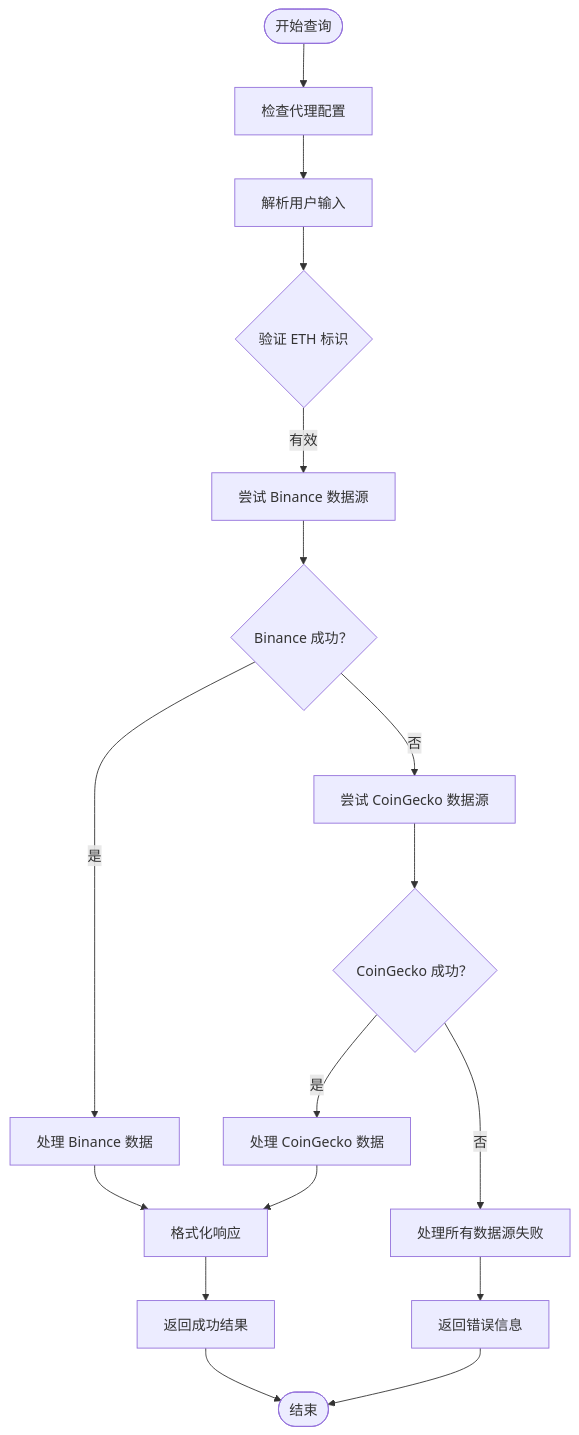
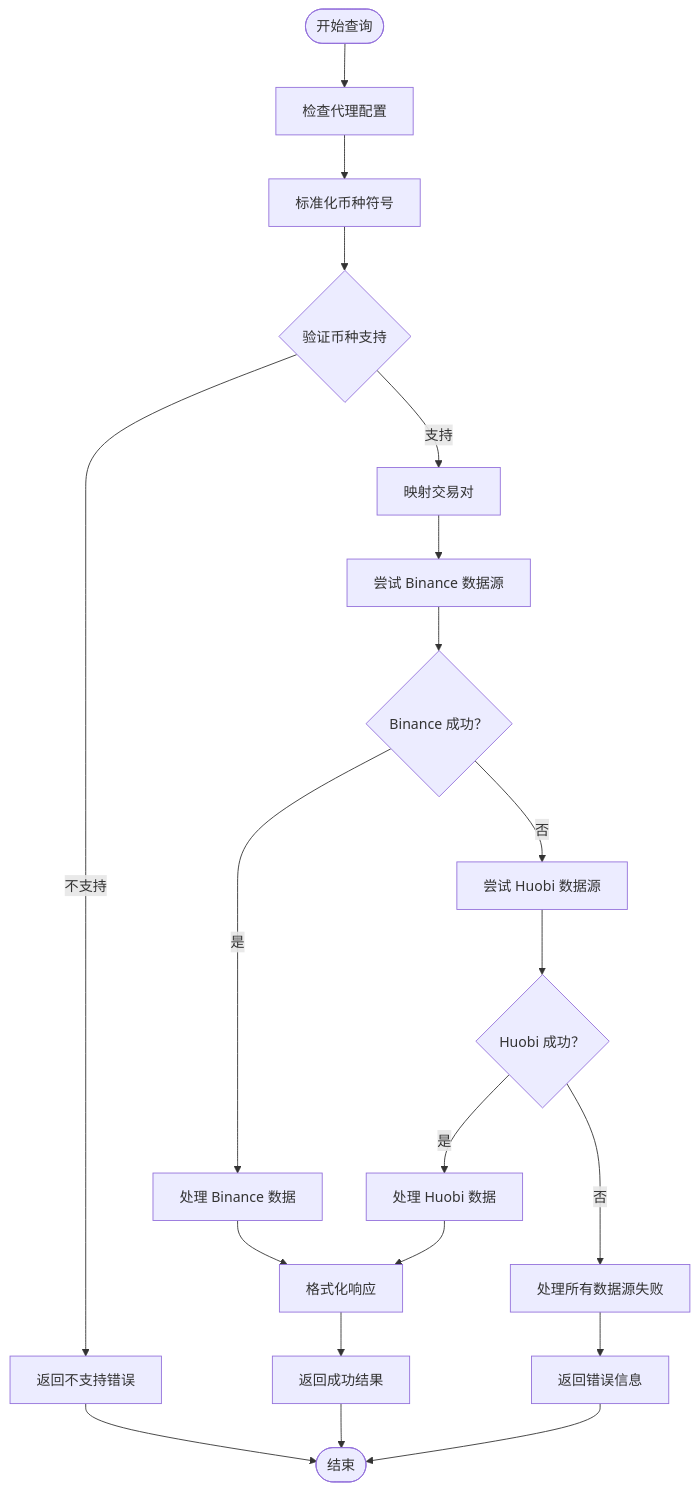
The eighth of 12 diagrams in .qoder/repowiki/zh/content/Web3工具集成/核心Web3工具实现/核心Web3工具实现.md (CryptoLinxu/Web3-AI-Agent), drawn with Mermaid before and after one commit. The commit also changed other lines of this file and 9 other files, not shown here.

````diff
--- a/.qoder/repowiki/zh/content/Web3工具集成/核心Web3工具实现/核心Web3工具实现.md
+++ b/.qoder/repowiki/zh/content/Web3工具集成/核心Web3工具实现/核心Web3工具实现.md
@@ -160,19 +440,22 @@
 ```mermaid
 flowchart TD
 Start([开始查询]) --> CheckProxy["检查代理配置"]
-CheckProxy --> ParseInput["解析用户输入"]
-ParseInput --> ValidateToken{"验证 ETH 标识"}
-ValidateToken --> |有效| TryBinance["尝试 Binance 数据源"]
+CheckProxy --> NormalizeSymbol["标准化币种符号"]
+NormalizeSymbol --> ValidateSymbol{"验证币种支持"}
+ValidateSymbol --> |不支持| ReturnUnsupported["返回不支持错误"]
+ValidateSymbol --> |支持| MapTradingPair["映射交易对"]
+MapTradingPair --> TryBinance["尝试 Binance 数据源"]
 TryBinance --> BinSuccess{"Binance 成功？"}
 BinSuccess --> |是| ProcessBinance["处理 Binance 数据"]
-BinSuccess --> |否| TryCoinGecko["尝试 CoinGecko 数据源"]
+BinSuccess --> |否| TryHuobi["尝试 Huobi 数据源"]
 ProcessBinance --> FormatResponse["格式化响应"]
-TryCoinGecko --> CGSuccess{"CoinGecko 成功？"}
-CGSuccess --> |是| ProcessCoinGecko["处理 CoinGecko 数据"]
-CGSuccess --> |否| HandleError["处理所有数据源失败"]
-ProcessCoinGecko --> FormatResponse
+TryHuobi --> HuobiSuccess{"Huobi 成功？"}
+HuobiSuccess --> |是| ProcessHuobi["处理 Huobi 数据"]
+HuobiSuccess --> |否| HandleError["处理所有数据源失败"]
+ProcessHuobi --> FormatResponse
 HandleError --> ReturnError["返回错误信息"]
 FormatResponse --> ReturnSuccess["返回成功结果"]
-ReturnError --> End([结束])
+ReturnUnsupported --> End([结束])
+ReturnError --> End
 ReturnSuccess --> End
 ```
````
